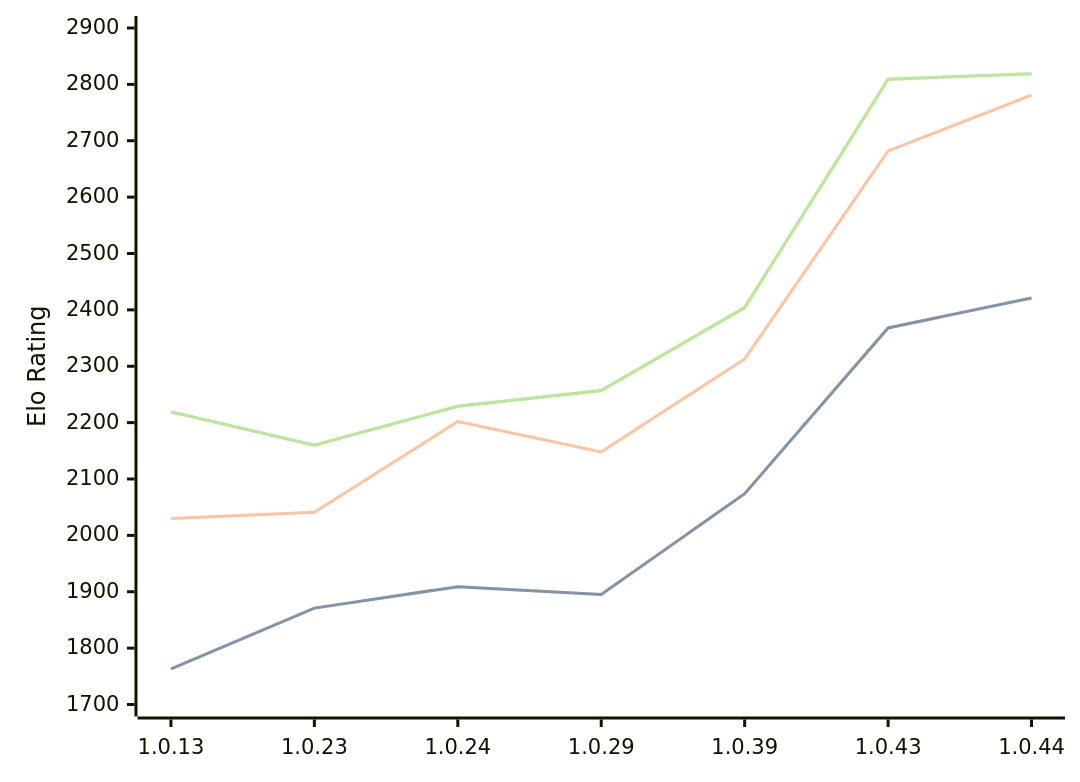
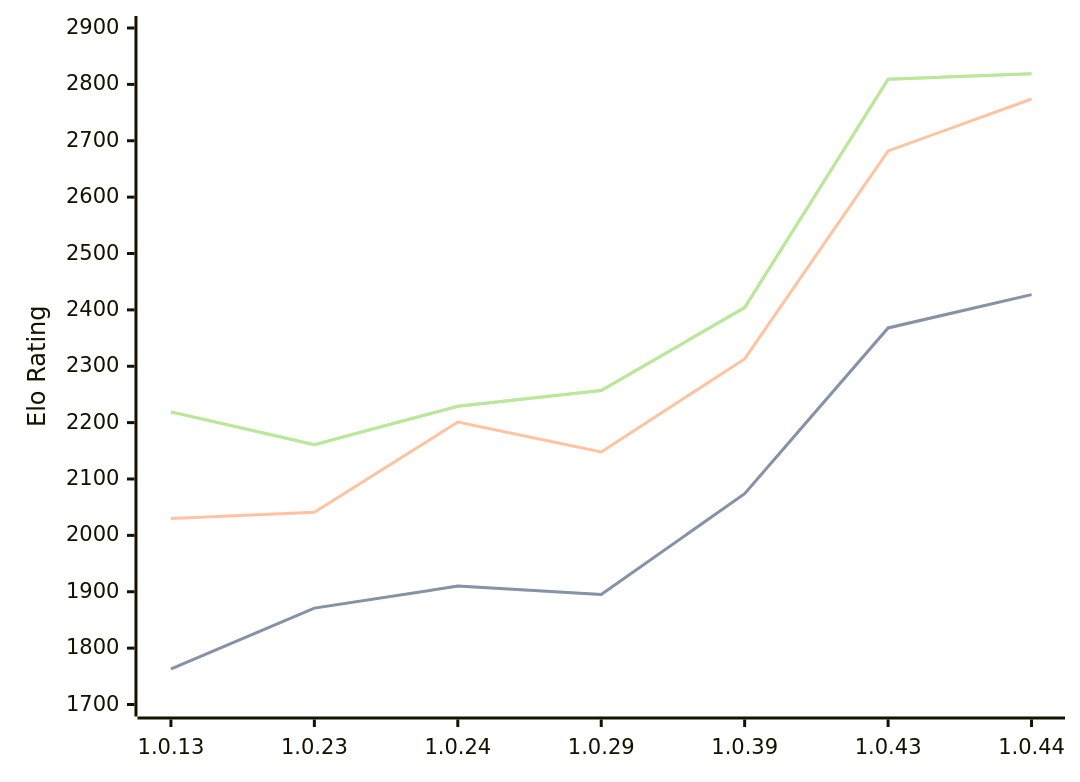
Before and after one commit to computer-chess-index/cci: the diagram in engines/RustyRival.md, drawn with Mermaid. The commit also changed other lines of this file, not shown here.

Commit message:
Update CCI Ratings (ELO VLTC) - 2026-07-26

````diff
--- a/engines/RustyRival.md
+++ b/engines/RustyRival.md
@@ -72,11 +72,11 @@
 ```mermaid
 %%{init: {"theme":"base","themeVariables":{"seriesColors:['#a3a3a3','#222221','#faa371']}}}%%
 xychart-beta
   x-axis ["1.0.13", "1.0.23", "1.0.24", "1.0.29", "1.0.39", "1.0.43", "1.0.44"]
   y-axis "Elo Rating" 1700 --> 2900
-  line "STC (8.0+0.08s)" [1763, 1871, 1909, 1895, 2074, 2368, 2421]
-  line "STC (8.0+0.08s)" [1763, 1871, 1909, 1895, 2074, 2368, 2421]
-  line "LTC (60.0+0.60s)" [2030, 2041, 2202, 2148, 2313, 2682, 2781]
-  line "VLTC (2m24s+1.12s)" [2219, 2160, 2229, 2257, 2404, 2809, 2819]
-  line "VLTC (2m24s+1.12s)" [2219, 2160, 2229, 2257, 2404, 2809, 2819]
+  line "STC (8.0+0.08s)" [1763, 1871, 1910, 1895, 2074, 2368, 2427]
+  line "STC (8.0+0.08s)" [1763, 1871, 1910, 1895, 2074, 2368, 2427]
+  line "LTC (60.0+0.60s)" [2030, 2041, 2201, 2148, 2313, 2682, 2774]
+  line "VLTC (2m24s+1.12s)" [2219, 2161, 2229, 2257, 2404, 2809, 2819]
+  line "VLTC (2m24s+1.12s)" [2219, 2161, 2229, 2257, 2404, 2809, 2819]
 ```
````
